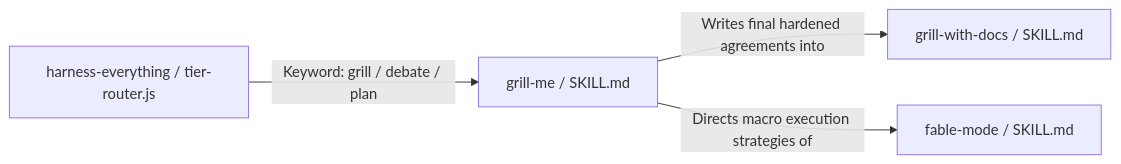
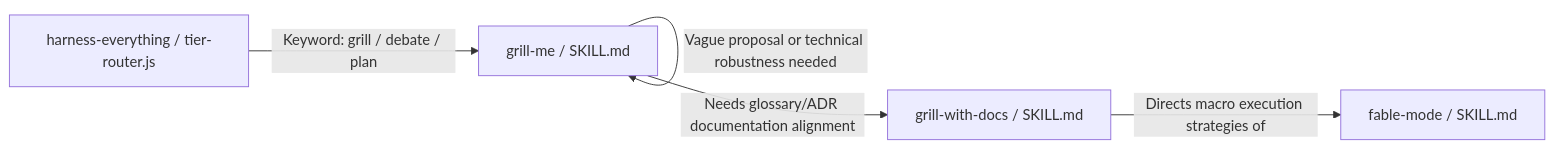
One commit to dyphn1/Harness-everything changed the second of 3 diagrams in docs/workflows/grill-me.md. Above: the diagram before and after it, drawn with Mermaid. The commit also changed other lines of this file and 3 other files, not shown here.

````diff
--- a/docs/workflows/grill-me.md
+++ b/docs/workflows/grill-me.md
@@ -30,6 +33,7 @@
 ```mermaid
 graph LR
   Router["harness-everything / tier-router.js"] -->|Keyword: grill / debate / plan| GrillMe["grill-me / SKILL.md"]
-  GrillMe -->|Writes final hardened agreements into| GWD["grill-with-docs / SKILL.md"]
-  GrillMe -->|Directs macro execution strategies of| Fable["fable-mode / SKILL.md"]
+  GrillMe -->|Vague proposal or technical robustness needed| GrillMe
+  GrillMe -->|Needs glossary/ADR documentation alignment| GWD["grill-with-docs / SKILL.md"]
+  GWD -->|Directs macro execution strategies of| Fable["fable-mode / SKILL.md"]
 ```
````
